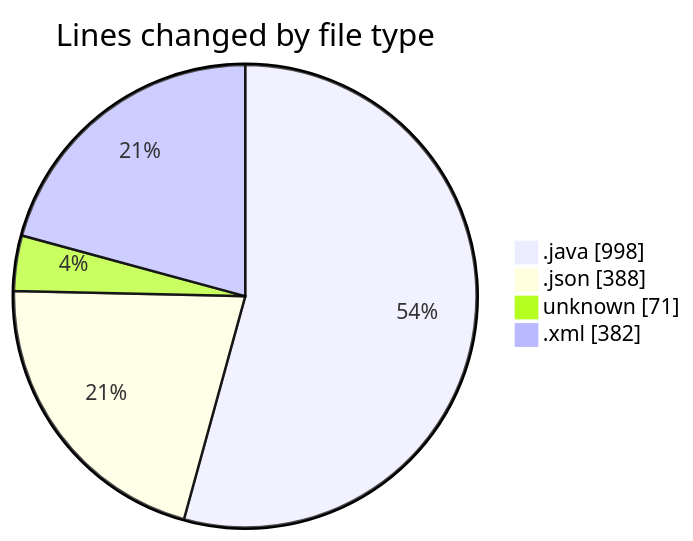
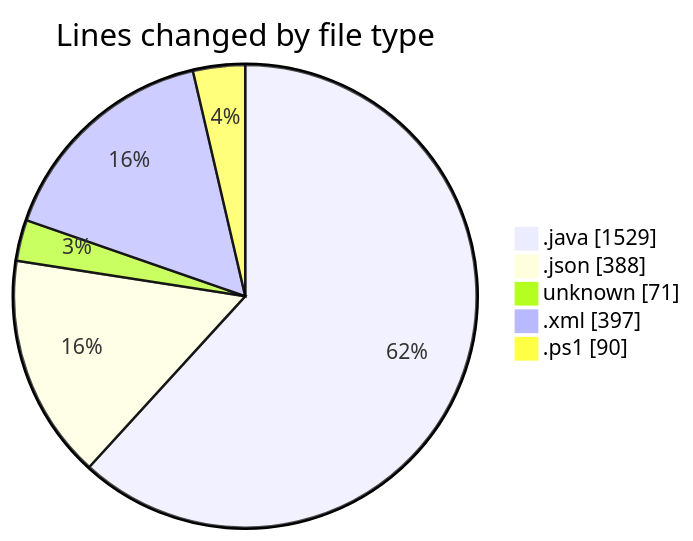
One commit to charlie-sans/code-tracking changed the first of 2 diagrams in 2025-02-25/micros/README.md. Above: the diagram before and after it, drawn with Mermaid. The commit also changed other lines of this file and 1 other file, not shown here.

````diff
--- a/2025-02-25/micros/README.md
+++ b/2025-02-25/micros/README.md
@@ -25,8 +28,9 @@
 ```mermaid
 pie showData
 title Lines changed by file type
-".java" : 998
+".java" : 1529
 ".json" : 388
 "unknown" : 71
-".xml" : 382
+".xml" : 397
+".ps1" : 90
 ```
````
